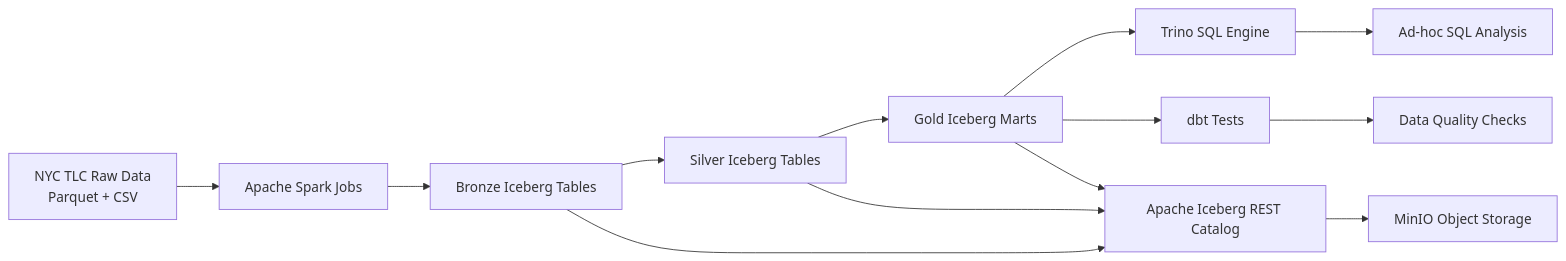
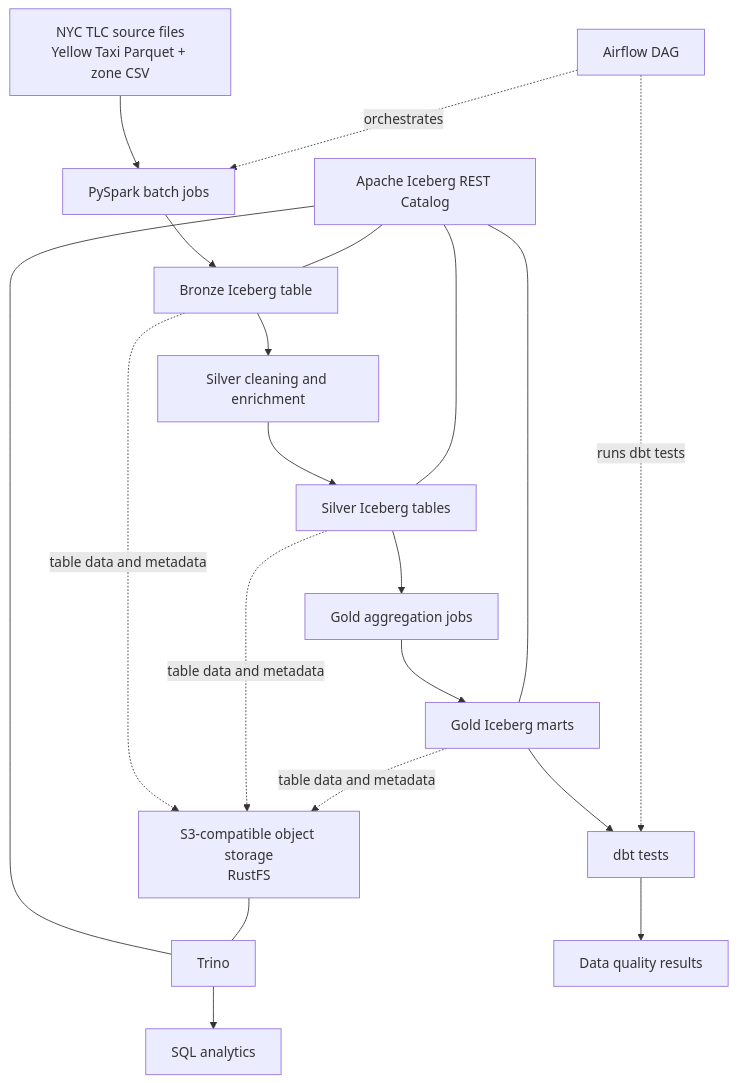
The diagram in README.md (0mpDev/spark-iceberg-lakehouse), drawn with Mermaid before and after one commit. The commit also changed other lines of this file, not shown here.

````diff
--- a/README.md
+++ b/README.md
@@ -25,19 +27,26 @@
 ```mermaid
-flowchart LR
-    A[NYC TLC Raw Data<br/>Parquet + CSV] --> B[Apache Spark Jobs]
+flowchart TD
+    A[NYC TLC source files<br/>Yellow Taxi Parquet + zone CSV]
+    A --> B[PySpark batch jobs]
+    B --> C[Bronze Iceberg table]
+    C --> D[Silver cleaning and enrichment]
+    D --> E[Silver Iceberg tables]
+    E --> F[Gold aggregation jobs]
+    F --> G[Gold Iceberg marts]
 
-    B --> C[Bronze Iceberg Tables]
-    C --> D[Silver Iceberg Tables]
-    D --> E[Gold Iceberg Marts]
+    H[Apache Iceberg REST Catalog] --- C
+    H --- E
+    H --- G
+    C -. table data and metadata .-> I[S3-compatible object storage<br/>RustFS]
+    E -. table data and metadata .-> I
+    G -. table data and metadata .-> I
 
-    E --> F[Trino SQL Engine]
-    F --> G[Ad-hoc SQL Analysis]
+    H --- J[Trino]
+    I --- J
+    J --> K[SQL analytics]
+    G --> L[dbt tests]
+    L --> M[Data quality results]
 
-    C --> H[Apache Iceberg REST Catalog]
-    D --> H
-    E --> H
-    H --> I[MinIO Object Storage]
-
-    E --> J[dbt Tests]
-    J --> K[Data Quality Checks]
+    N[Airflow DAG] -. orchestrates .-> B
+    N -. runs dbt tests .-> L
 ```
````
